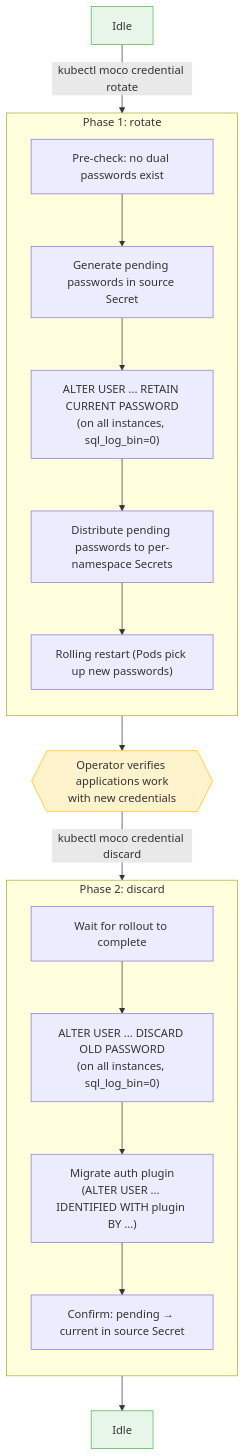
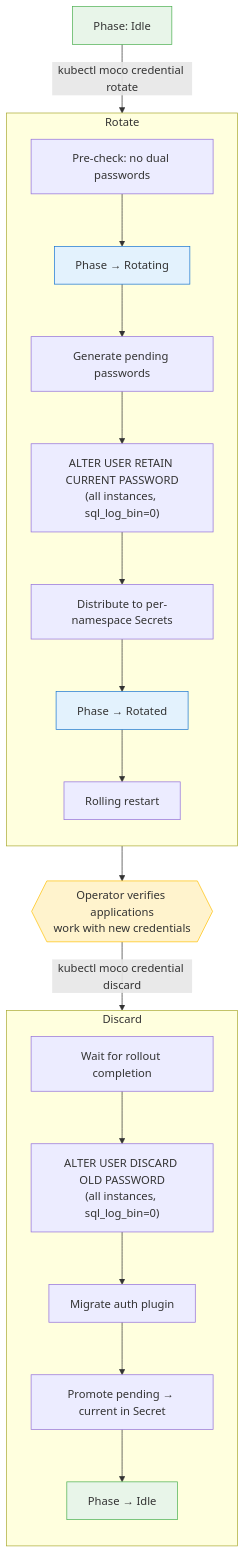
One commit to cybozu-go/moco changed the diagram in docs/designdoc/password_rotation.md. Above: the diagram before and after it, drawn with Mermaid. The commit also changed other lines of this file and 7 other files, not shown here.

First line of the commit message:
Replace "Phase 1/Phase 2" terminology with "rotate/discard operation"

````diff
--- a/docs/designdoc/password_rotation.md
+++ b/docs/designdoc/password_rotation.md
@@ -33,36 +33,43 @@
 ```mermaid
+---
+config:
+  flowchart:
+    useMaxWidth: false
+---
 flowchart TD
-    idle1["Idle"]
+    idle1["Phase: Idle"]
 
-    subgraph phase1 ["Phase 1: rotate"]
+    subgraph rotate_op ["Rotate"]
         direction TB
-        p1_pre["Pre-check: no dual passwords exist"]
-        p1_gen["Generate pending passwords in source Secret"]
-        p1_retain["ALTER USER ... RETAIN CURRENT PASSWORD\n(on all instances, sql_log_bin=0)"]
-        p1_dist["Distribute pending passwords to per-namespace Secrets"]
-        p1_restart["Rolling restart (Pods pick up new passwords)"]
-        p1_pre --> p1_gen --> p1_retain --> p1_dist --> p1_restart
+        p1_pre["Pre-check: no dual passwords"]
+        p1_phase1["Phase → Rotating"]
+        p1_gen["Generate pending passwords"]
+        p1_retain["ALTER USER RETAIN CURRENT PASSWORD<br/>(all instances, sql_log_bin=0)"]
+        p1_dist["Distribute to per-namespace Secrets"]
+        p1_phase2["Phase → Rotated"]
+        p1_restart["Rolling restart"]
+        p1_pre --> p1_phase1 --> p1_gen --> p1_retain --> p1_dist --> p1_phase2 --> p1_restart
     end
 
-    verify{{"Operator verifies applications work\nwith new credentials"}}
+    verify{{"Operator verifies applications<br/>work with new credentials"}}
 
-    subgraph phase2 ["Phase 2: discard"]
+    subgraph discard_op ["Discard"]
         direction TB
-        p2_gate["Wait for rollout to complete"]
-        p2_discard["ALTER USER ... DISCARD OLD PASSWORD\n(on all instances, sql_log_bin=0)"]
-        p2_migrate["Migrate auth plugin\n(ALTER USER ... IDENTIFIED WITH plugin BY ...)"]
-        p2_confirm["Confirm: pending → current in source Secret"]
-        p2_gate --> p2_discard --> p2_migrate --> p2_confirm
+        p2_gate["Wait for rollout completion"]
+        p2_discard["ALTER USER DISCARD OLD PASSWORD<br/>(all instances, sql_log_bin=0)"]
+        p2_migrate["Migrate auth plugin"]
+        p2_confirm["Promote pending → current in Secret"]
+        p2_idle["Phase → Idle"]
+        p2_gate --> p2_discard --> p2_migrate --> p2_confirm --> p2_idle
     end
 
-    idle2["Idle"]
-
-    idle1 -- "kubectl moco credential rotate" --> phase1
-    phase1 --> verify
-    verify -- "kubectl moco credential discard" --> phase2
-    phase2 --> idle2
+    idle1 -- "kubectl moco credential rotate" --> rotate_op
+    rotate_op --> verify
+    verify -- "kubectl moco credential discard" --> discard_op
 
     style verify fill:#fff3cd,stroke:#ffc107
     style idle1 fill:#e8f5e9,stroke:#4caf50
-    style idle2 fill:#e8f5e9,stroke:#4caf50
+    style p1_phase1 fill:#e3f2fd,stroke:#1976d2
+    style p1_phase2 fill:#e3f2fd,stroke:#1976d2
+    style p2_idle fill:#e8f5e9,stroke:#4caf50
 ```
````
